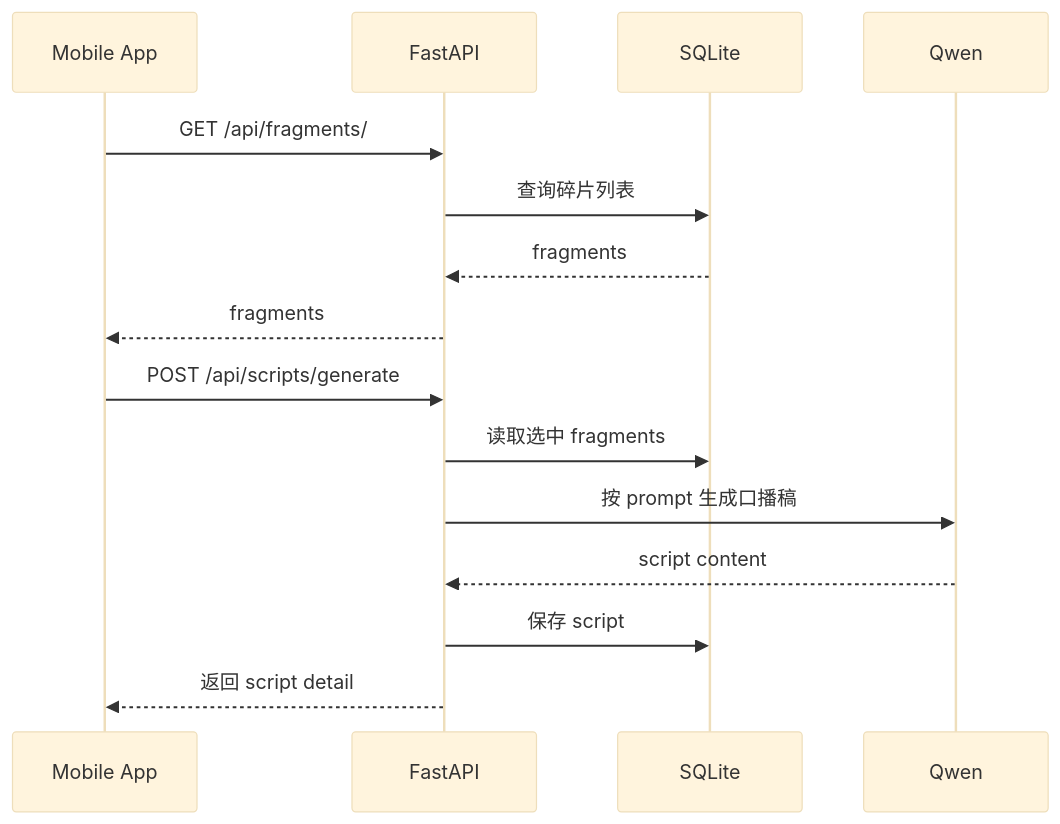
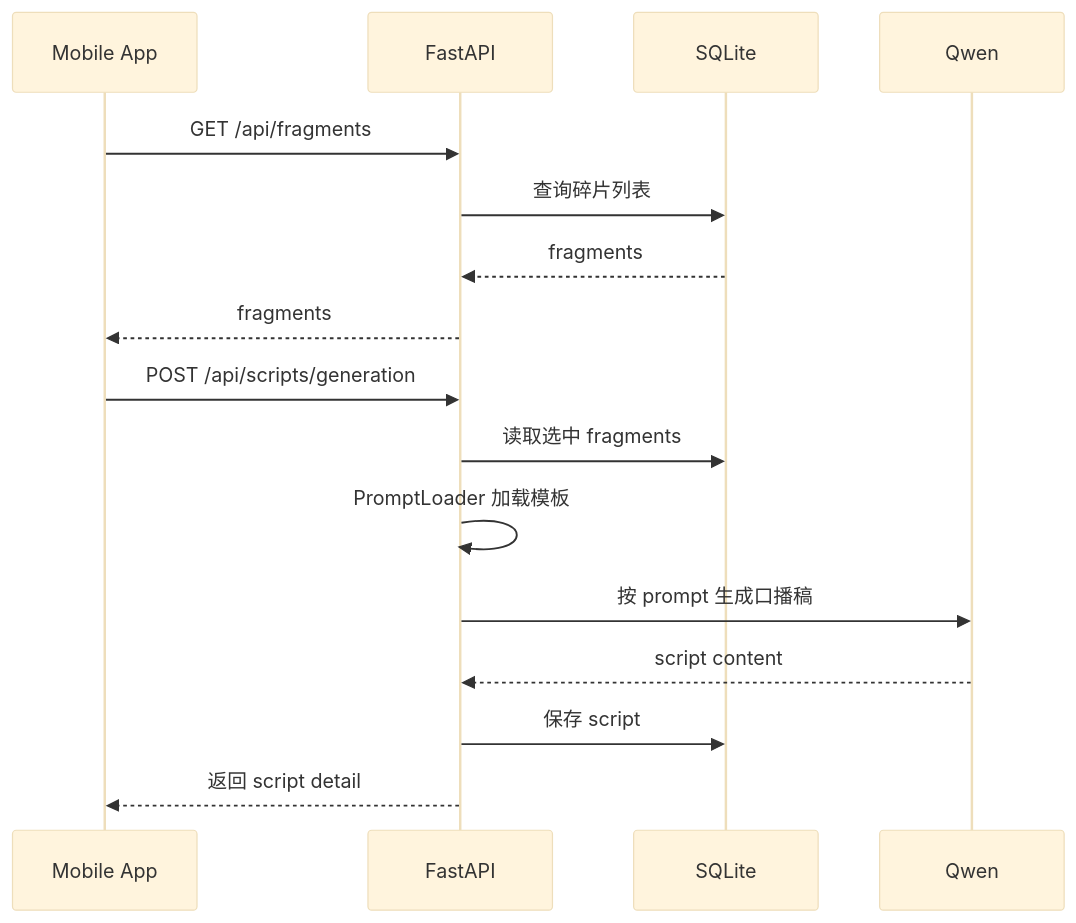
Before and after one commit to YCZA2/SparkFlow: the fifth of 7 diagrams in memory-bank/architecture.md, drawn with Mermaid (base theme). The commit also changed other lines of this file and 31 other files, not shown here.

````diff
--- a/memory-bank/architecture.md
+++ b/memory-bank/architecture.md
@@ -169,19 +185,20 @@
 ```mermaid
 sequenceDiagram
     participant App as Mobile App
     participant API as FastAPI
     participant DB as SQLite
     participant LLM as Qwen
 
-    App->>API: GET /api/fragments/
+    App->>API: GET /api/fragments
     API->>DB: 查询碎片列表
     DB-->>API: fragments
     API-->>App: fragments
 
-    App->>API: POST /api/scripts/generate
+    App->>API: POST /api/scripts/generation
     API->>DB: 读取选中 fragments
+    API->>API: PromptLoader 加载模板
     API->>LLM: 按 prompt 生成口播稿
     LLM-->>API: script content
     API->>DB: 保存 script
     API-->>App: 返回 script detail
 ```
````
